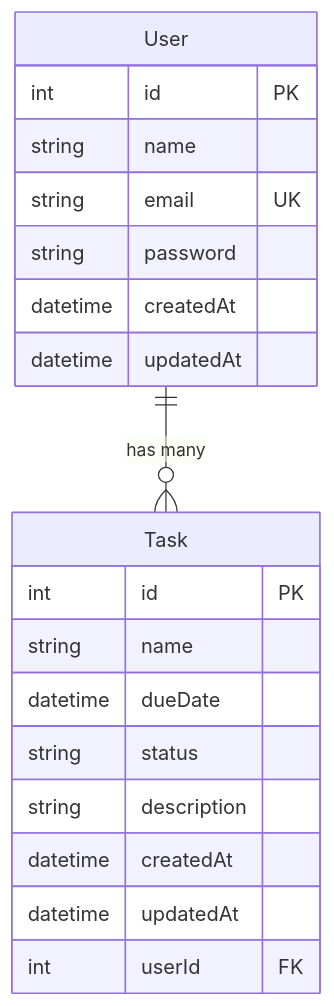
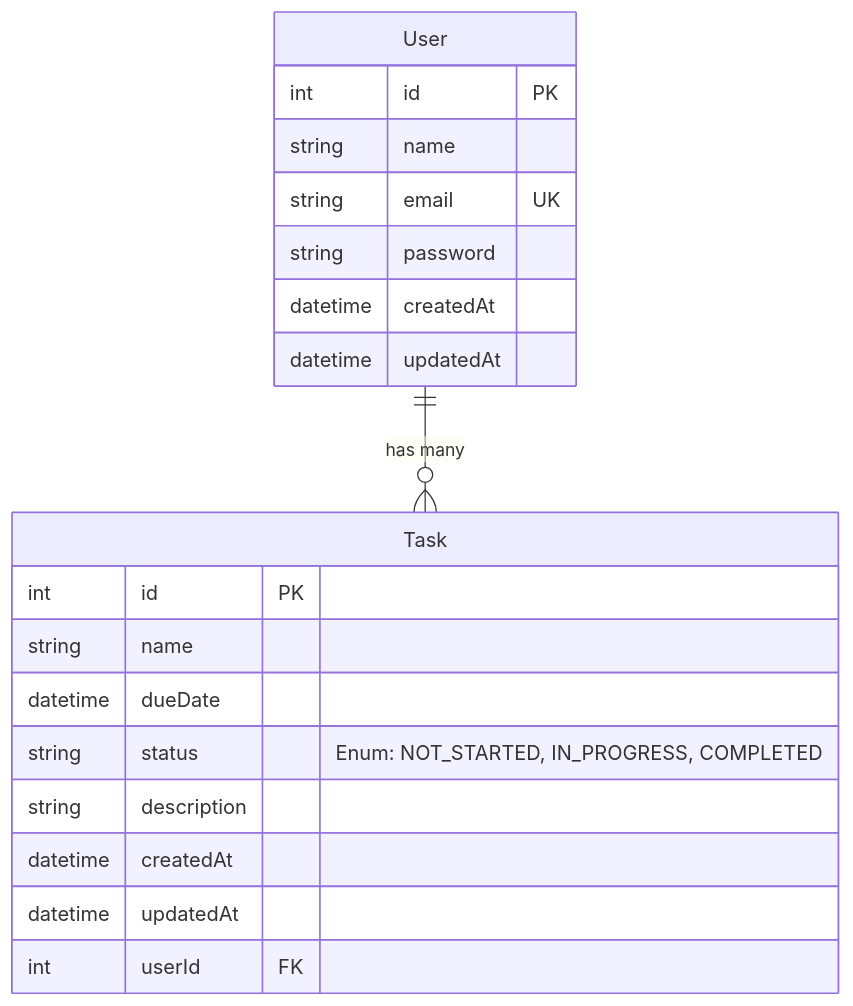
One commit to hideaki1979/ud_NestJS_GraphQL changed the third of 4 diagrams in backend/README.md. Above: the diagram before and after it, drawn with Mermaid.

Commit message:
feat: README見直し(ER図エラー対応)

````diff
--- a/backend/README.md
+++ b/backend/README.md
@@ -117,24 +117,24 @@
 ```mermaid
 erDiagram
     User {
         int id PK
         string name
         string email UK
         string password
         datetime createdAt
         datetime updatedAt
     }
 
     Task {
         int id PK
         string name
         datetime dueDate
-        string status
+        string status "Enum: NOT_STARTED, IN_PROGRESS, COMPLETED"
         string description
         datetime createdAt
         datetime updatedAt
         int userId FK
     }
 
     User ||--o{ Task : "has many"
 ```
````
